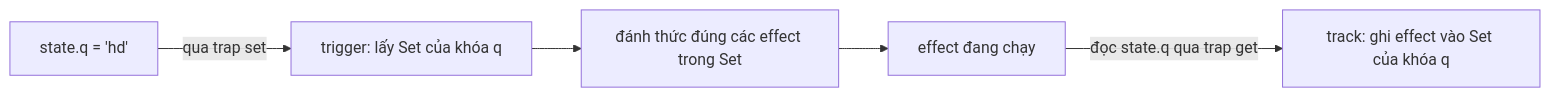
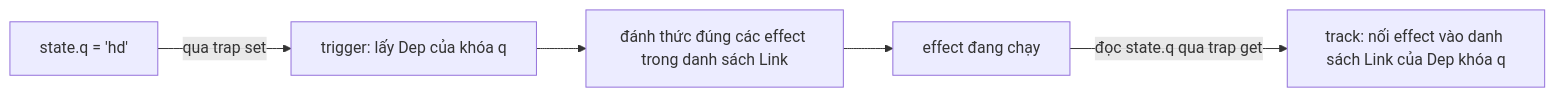
One commit to TienDat11/learning changed the diagram in lessons/03-vue/L12-reactivity.md. Above: the diagram before and after it, drawn with Mermaid. The commit also changed 6 other files, not shown here.

First line of the commit message:
fix(lessons): sửa bốn lỗi cơ chế trong bài học của app và build lại hai mặt

````diff
--- a/lessons/03-vue/L12-reactivity.md
+++ b/lessons/03-vue/L12-reactivity.md
@@ -53,7 +53,7 @@
 ```mermaid
 flowchart LR
-  A[effect đang chạy] -->|đọc state.q qua trap get| B[track: ghi effect vào Set của khóa q]
-  C[state.q = 'hd'] -->|qua trap set| D[trigger: lấy Set của khóa q]
-  D --> E[đánh thức đúng các effect trong Set]
+  A[effect đang chạy] -->|đọc state.q qua trap get| B[track: nối effect vào danh sách Link của Dep khóa q]
+  C[state.q = 'hd'] -->|qua trap set| D[trigger: lấy Dep của khóa q]
+  D --> E[đánh thức đúng các effect trong danh sách Link]
   E --> A
 ```
````
